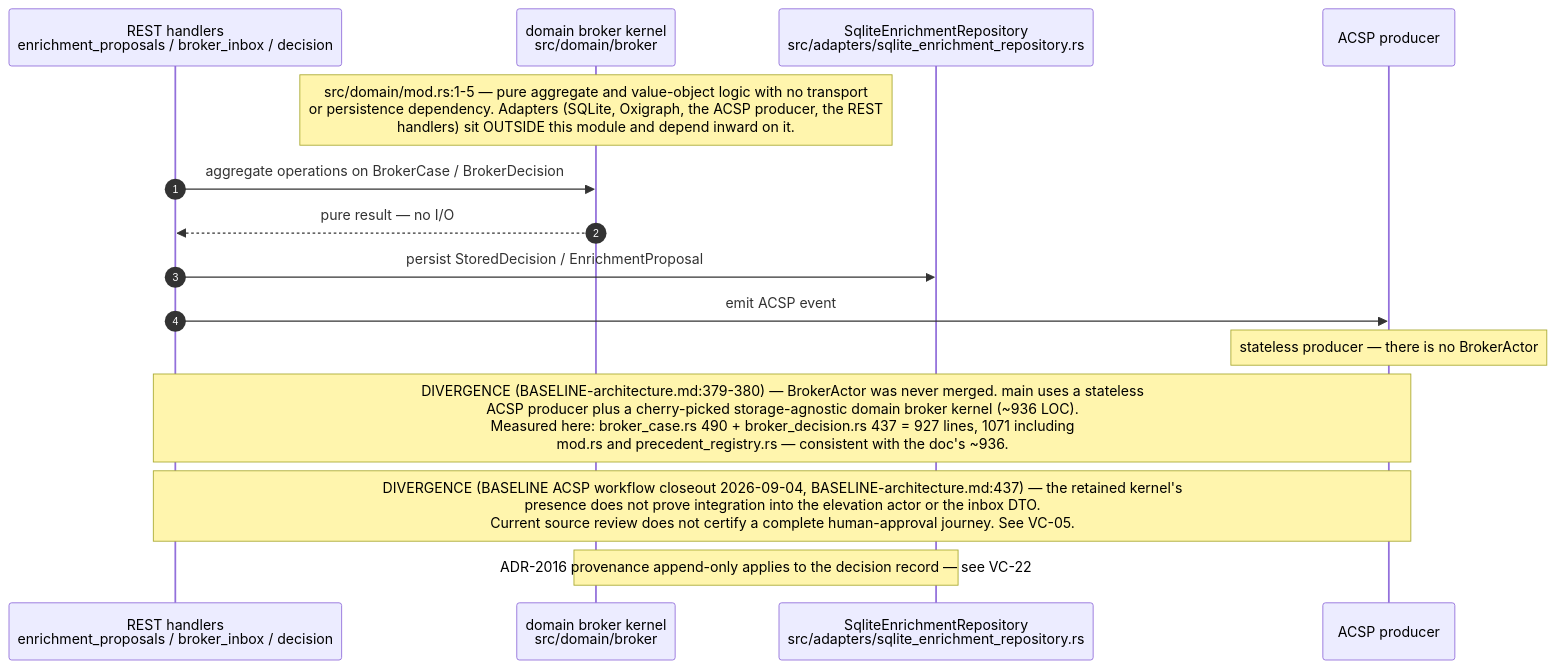
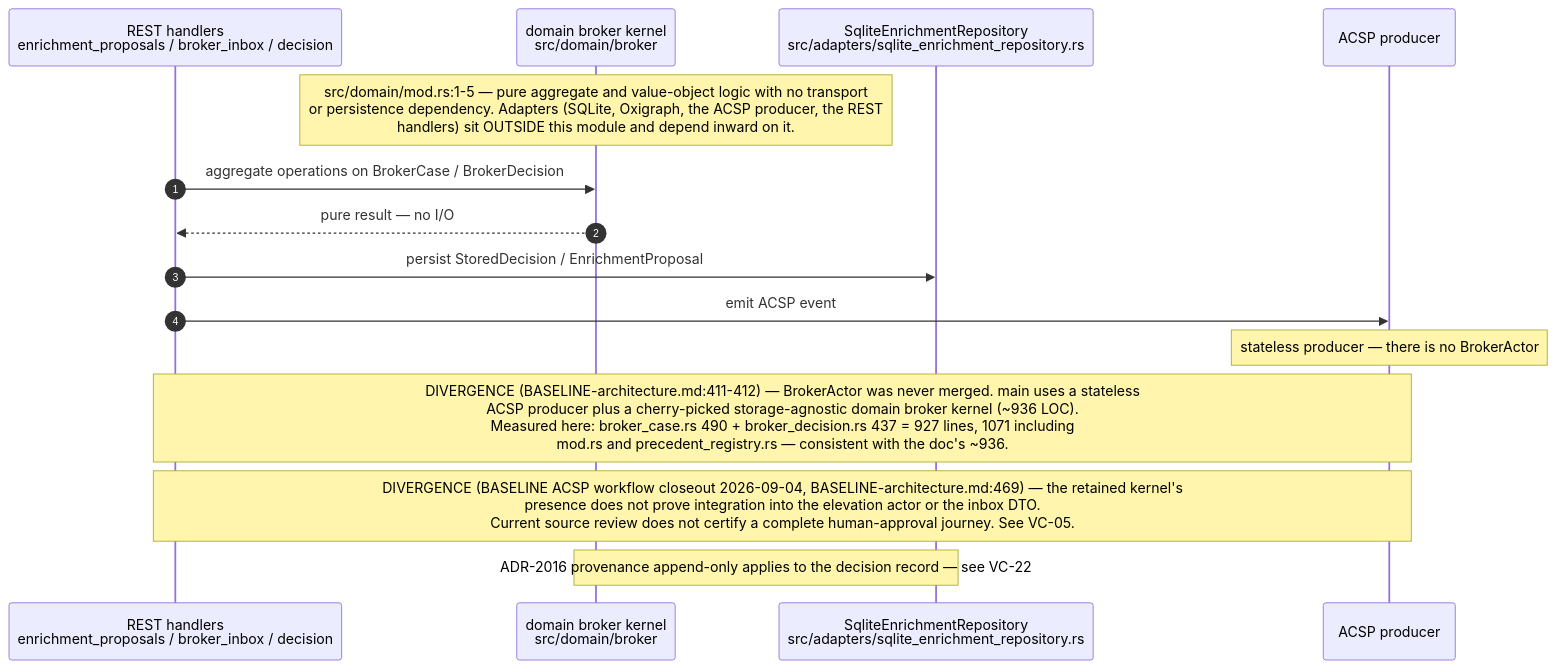
Before and after one commit to DreamLab-AI/VisionFlow: the seventh of 9 diagrams in docs/diagrams/visionclaw/07-hexagonal-ports-and-crates.md, drawn with Mermaid. The commit also changed other lines of this file and 46 other files, not shown here.

Commit message:
docs(diagrams): re-verify VisionClaw topics at 809a859aa/a950f4d80 after the consolidation pass

````diff
--- a/docs/diagrams/visionclaw/07-hexagonal-ports-and-crates.md
+++ b/docs/diagrams/visionclaw/07-hexagonal-ports-and-crates.md
@@ -347,18 +345,18 @@
 ```mermaid
 sequenceDiagram
     autonumber
     participant H as REST handlers<br/>enrichment_proposals / broker_inbox / decision
     participant K as domain broker kernel<br/>src/domain/broker
     participant AD as SqliteEnrichmentRepository<br/>src/adapters/sqlite_enrichment_repository.rs
     participant AC as ACSP producer
 
     Note over K: src/domain/mod.rs:1-5 — pure aggregate and value-object logic with no transport<br/>or persistence dependency. Adapters (SQLite, Oxigraph, the ACSP producer, the REST<br/>handlers) sit OUTSIDE this module and depend inward on it.
     H->>K: aggregate operations on BrokerCase / BrokerDecision
     K-->>H: pure result — no I/O
     H->>AD: persist StoredDecision / EnrichmentProposal
     H->>AC: emit ACSP event
     Note over AC: stateless producer — there is no BrokerActor
-    Note over H,AC: DIVERGENCE (BASELINE-architecture.md:379-380) — BrokerActor was never merged. main uses a stateless<br/>ACSP producer plus a cherry-picked storage-agnostic domain broker kernel (~936 LOC).<br/>Measured here: broker_case.rs 490 + broker_decision.rs 437 = 927 lines, 1071 including<br/>mod.rs and precedent_registry.rs — consistent with the doc's ~936.
-    Note over H,AC: DIVERGENCE (BASELINE ACSP workflow closeout 2026-09-04, BASELINE-architecture.md:437) — the retained kernel's<br/>presence does not prove integration into the elevation actor or the inbox DTO.<br/>Current source review does not certify a complete human-approval journey. See VC-05.
+    Note over H,AC: DIVERGENCE (BASELINE-architecture.md:411-412) — BrokerActor was never merged. main uses a stateless<br/>ACSP producer plus a cherry-picked storage-agnostic domain broker kernel (~936 LOC).<br/>Measured here: broker_case.rs 490 + broker_decision.rs 437 = 927 lines, 1071 including<br/>mod.rs and precedent_registry.rs — consistent with the doc's ~936.
+    Note over H,AC: DIVERGENCE (BASELINE ACSP workflow closeout 2026-09-04, BASELINE-architecture.md:469) — the retained kernel's<br/>presence does not prove integration into the elevation actor or the inbox DTO.<br/>Current source review does not certify a complete human-approval journey. See VC-05.
     Note over K,AD: ADR-2016 provenance append-only applies to the decision record — see VC-22
 ```
````
